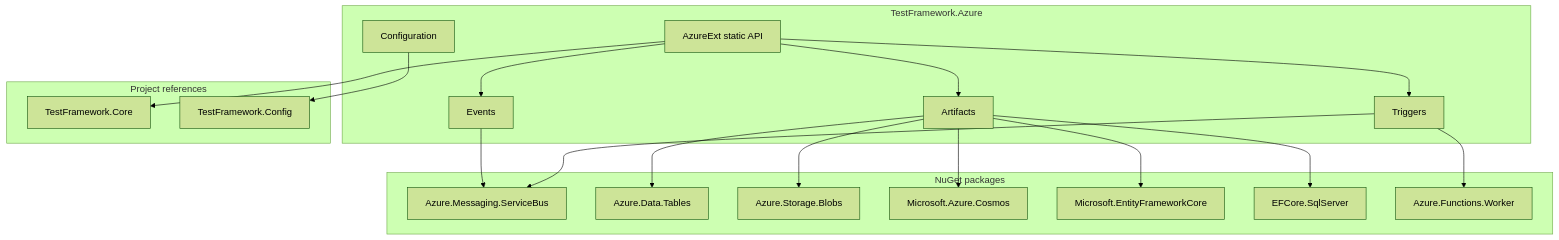
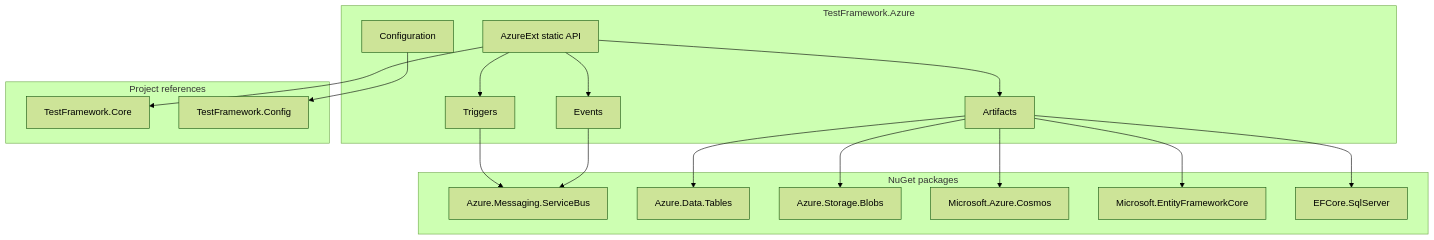
The second of 17 diagrams in Documentation/Arc42.md (DeadMoon0/TestFramework-Azure), drawn with Mermaid (forest theme) before and after one commit. The commit also changed other lines of this file and 6 other files, not shown here.

Commit message:
Release workflow and docs for TestFramework.Azure.Functions

````diff
--- a/Documentation/Arc42.md
+++ b/Documentation/Arc42.md
@@ -117,36 +117,34 @@
 ```mermaid
 graph TB
     subgraph TestFramework.Azure
         ATF[AzureExt static API]
         CFG[Configuration]
         TRG[Triggers]
         ART[Artifacts]
         EVT[Events]
     end
     subgraph NuGet packages
         ASB[Azure.Messaging.ServiceBus]
         ADT[Azure.Data.Tables]
         ABLOB[Azure.Storage.Blobs]
         MAC[Microsoft.Azure.Cosmos]
         EFC[Microsoft.EntityFrameworkCore]
         EFCS[EFCore.SqlServer]
-        AFW[Azure.Functions.Worker]
     end
     subgraph Project references
         CORE[TestFramework.Core]
         CONF[TestFramework.Config]
     end
     ATF --> TRG
     ATF --> ART
     ATF --> EVT
     TRG --> ASB
-    TRG --> AFW
     EVT --> ASB
     ART --> ADT
     ART --> ABLOB
     ART --> MAC
     ART --> EFC
     ART --> EFCS
     ATF --> CORE
     CFG --> CONF
 ```
````
